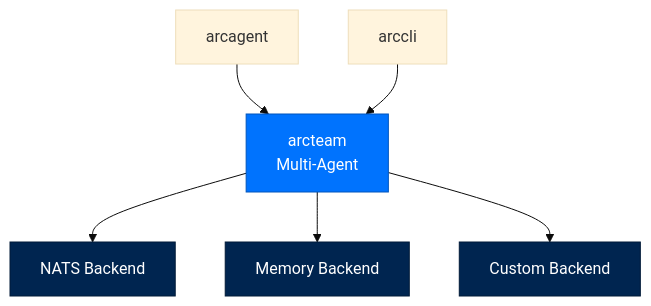
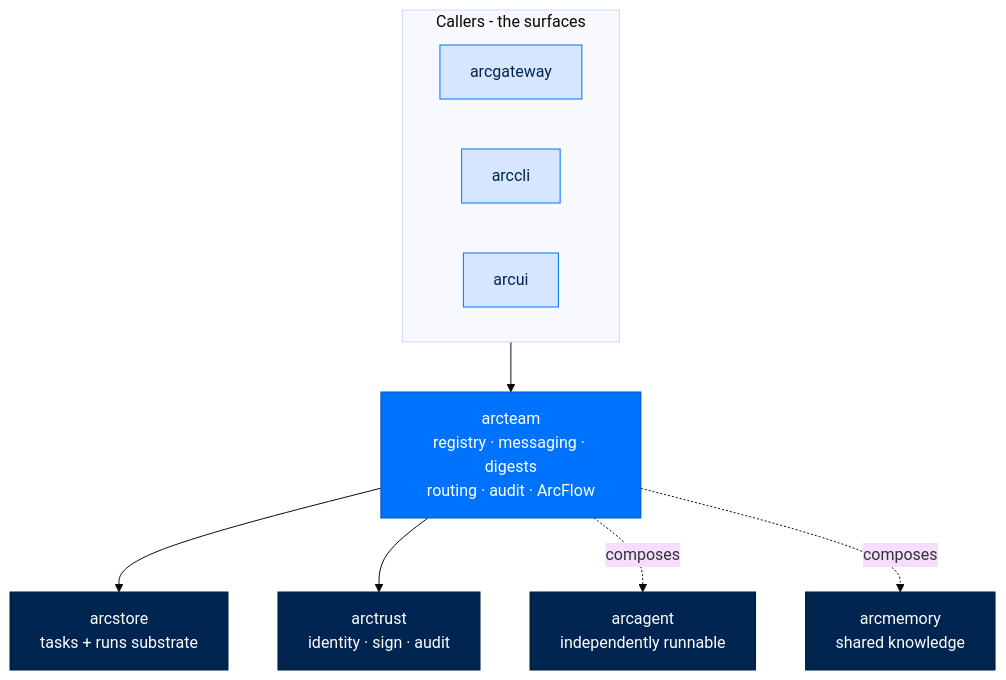
Before and after one commit to joshuamschultz/Arc: the first of 2 diagrams in docs/building/packages/arcteam.md, drawn with Mermaid (base theme). The commit also changed other lines of this file and 13 other files, not shown here.

````diff
--- a/docs/building/packages/arcteam.md
+++ b/docs/building/packages/arcteam.md
@@ -26,12 +26,21 @@
 ```mermaid
 flowchart TB
     classDef team fill:#0073FE,stroke:#0055BC,color:#FFFFFF
-    classDef backend fill:#002550,stroke:#001A38,color:#FFFFFF
+    classDef dep fill:#002550,stroke:#001A38,color:#FFFFFF
+    classDef caller fill:#D6E6FF,stroke:#0073FE,color:#002550
 
-    arcteam[arcteam<br/>Multi-Agent]:::team --> NATS[NATS Backend]:::backend
-    arcteam --> Memory[Memory Backend]:::backend
-    arcteam --> Custom[Custom Backend]:::backend
-    
-    arcagent[arcagent] --> arcteam
-    arccli[arccli] --> arcteam
+    subgraph callers[Callers - the surfaces]
+        arcgateway[arcgateway]:::caller
+        arccli[arccli]:::caller
+        arcui[arcui]:::caller
+    end
+
+    arcteam["arcteam<br/>registry · messaging · digests<br/>routing · audit · ArcFlow"]:::team
+
+    callers --> arcteam
+    arcteam --> arcstore[arcstore<br/>tasks + runs substrate]:::dep
+    arcteam --> arctrust[arctrust<br/>identity · sign · audit]:::dep
+
+    arcteam -.composes.-> arcagent[arcagent<br/>independently runnable]:::dep
+    arcteam -.composes.-> arcmemory[arcmemory<br/>shared knowledge]:::dep
 ```
````
